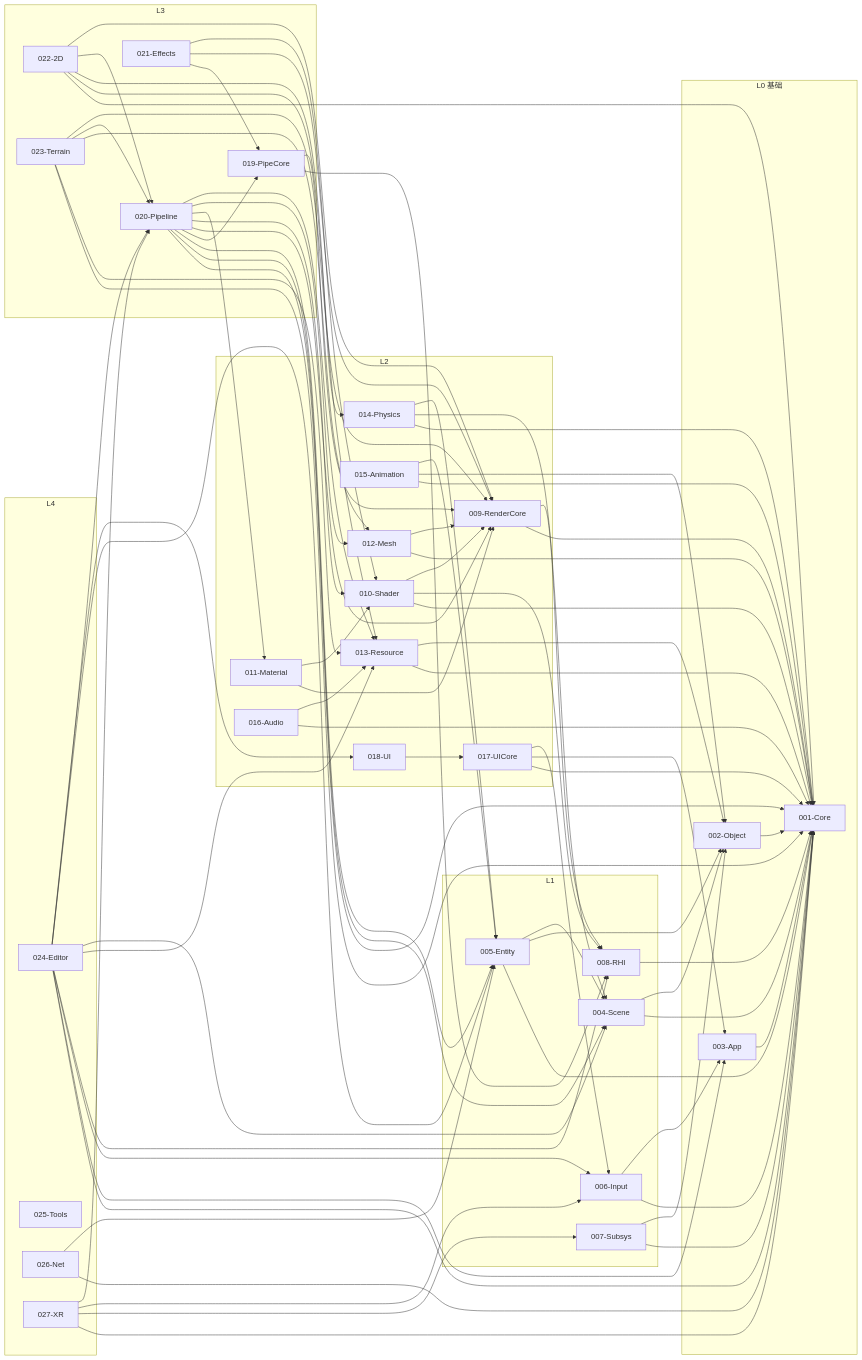
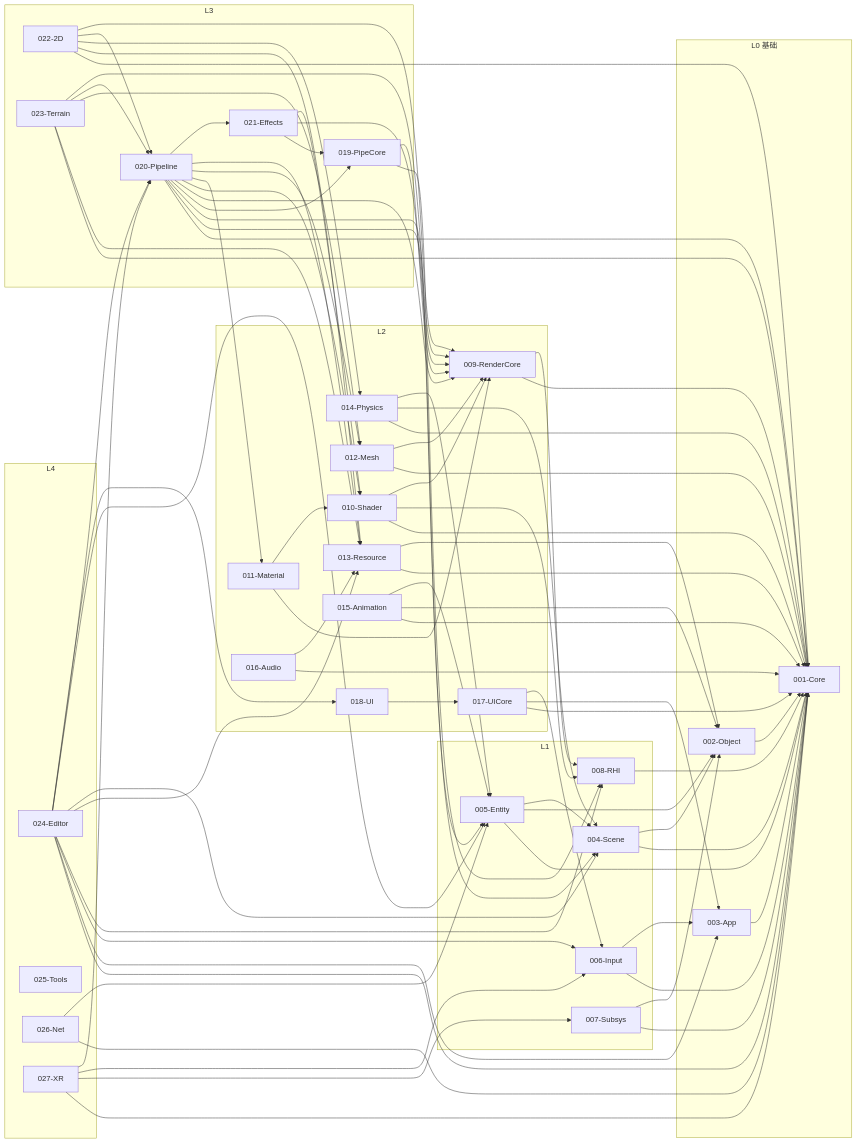
Before and after one commit to liangz0707/TenEngine: the first of 3 diagrams in docs/engine-modules-and-architecture.md, drawn with Mermaid. The commit also changed other lines of this file and 115 other files, not shown here.

```diff
--- a/docs/engine-modules-and-architecture.md
+++ b/docs/engine-modules-and-architecture.md
@@ -281,6 +281,7 @@
   Pi --> Mt
   Pi --> Mh
   Pi --> Res
+  Pi --> Ef
   Ef --> PC
   Ef --> RC
   Ef --> Sh
```
